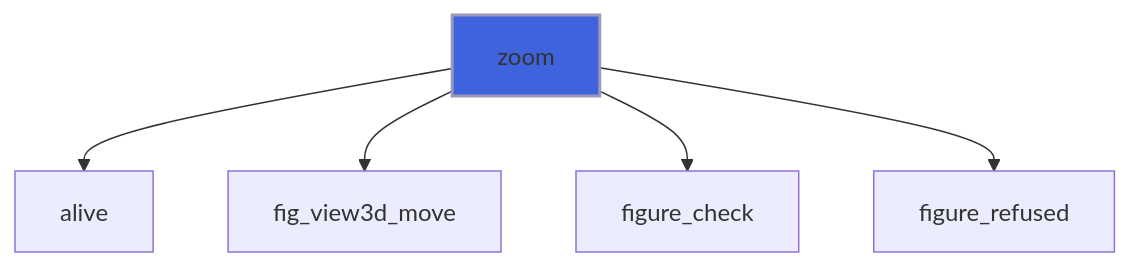
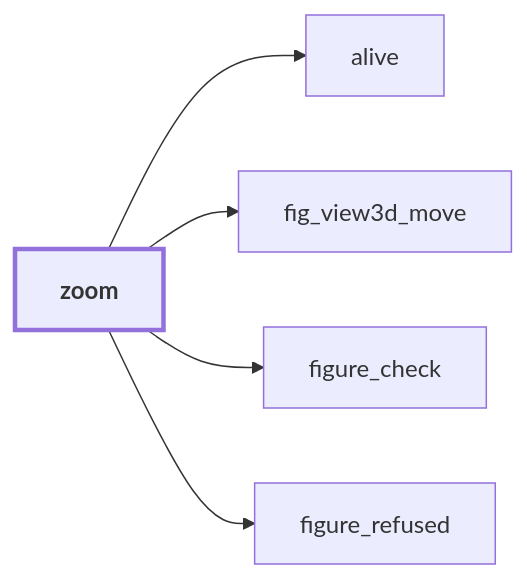
Before and after one commit to szaghi/figure: diagram 14 of 39 in docs/api/src/lib/figure_view3d.md, drawn with Mermaid. The commit also changed other lines of this file and 54 other files, not shown here.

````diff
--- a/docs/api/src/lib/figure_view3d.md
+++ b/docs/api/src/lib/figure_view3d.md
@@ -595,8 +690,13 @@
 ```mermaid
-flowchart TD
+flowchart LR
   zoom["zoom"] --> alive["alive"]
   zoom["zoom"] --> fig_view3d_move["fig_view3d_move"]
   zoom["zoom"] --> figure_check["figure_check"]
   zoom["zoom"] --> figure_refused["figure_refused"]
-  style zoom fill:#3e63dd,stroke:#99b,stroke-width:2px
+  classDef focus stroke-width:3px,font-weight:bold
+  class zoom focus
+  click figure_refused href "figure_base.html#figure-refused" "figure_refused"
+  click alive href "#alive" "alive"
+  click figure_check href "figure_base.html#figure-check" "figure_check"
+  click fig_view3d_move href "#fig-view3d-move" "fig_view3d_move"
 ```
````
